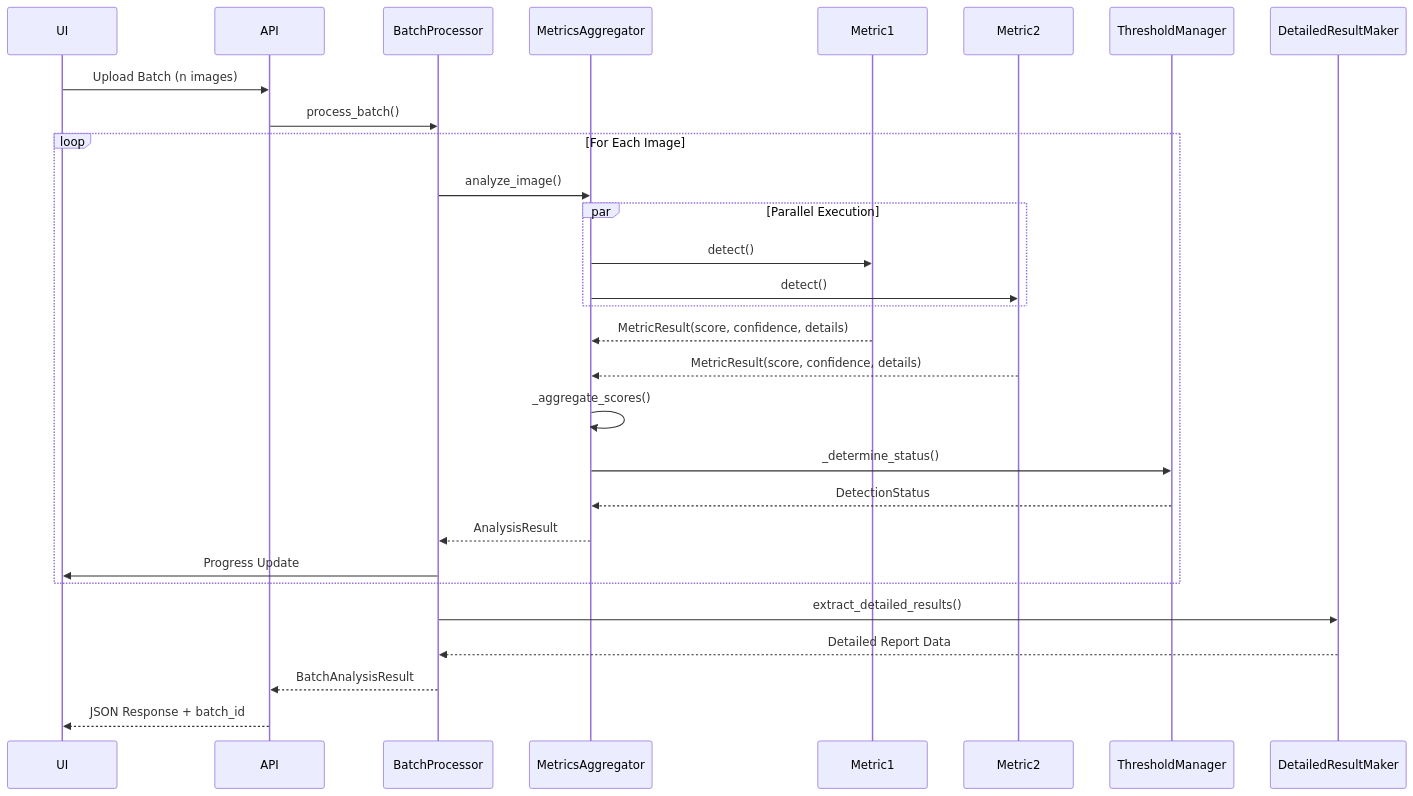
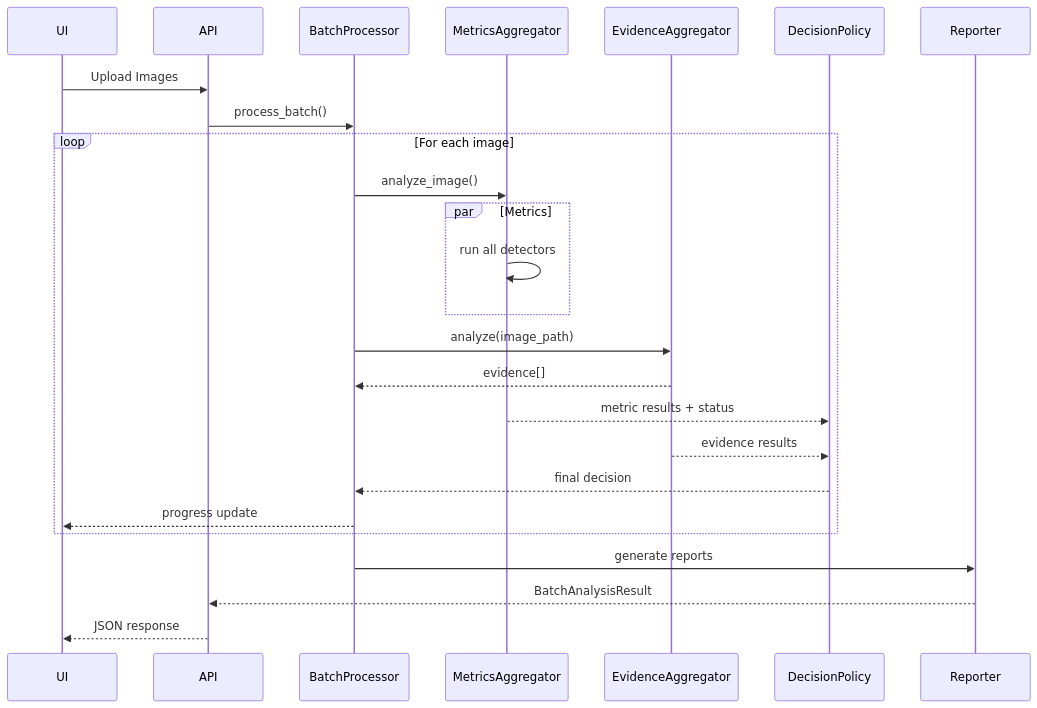
One commit to satyaki-mitra/ImageForensics-AI changed the fifth of 9 diagrams in docs/ARCHITECTURE.md. Above: the diagram before and after it, drawn with Mermaid. The commit also changed other lines of this file and 4 other files, not shown here.

````diff
--- a/docs/ARCHITECTURE.md
+++ b/docs/ARCHITECTURE.md
@@ -240,39 +271,33 @@
 ```mermaid
 sequenceDiagram
     participant UI
     participant API
     participant BatchProcessor
     participant MetricsAggregator
-    participant Metric1
-    participant Metric2
-    participant ThresholdManager
-    participant DetailedResultMaker
+    participant EvidenceAggregator
+    participant DecisionPolicy
+    participant Reporter
     
-    UI->>API: Upload Batch (n images)
+    UI->>API: Upload Images
     API->>BatchProcessor: process_batch()
     
-    loop For Each Image
+    loop For each image
         BatchProcessor->>MetricsAggregator: analyze_image()
-        
-        par Parallel Execution
-            MetricsAggregator->>Metric1: detect()
-            MetricsAggregator->>Metric2: detect()
+        par Metrics
+            MetricsAggregator->>MetricsAggregator: run all detectors
         end
         
-        Metric1-->>MetricsAggregator: MetricResult(score, confidence, details)
-        Metric2-->>MetricsAggregator: MetricResult(score, confidence, details)
+        BatchProcessor->>EvidenceAggregator: analyze(image_path)
+        EvidenceAggregator-->>BatchProcessor: evidence[]
         
-        MetricsAggregator->>MetricsAggregator: _aggregate_scores()
-        MetricsAggregator->>ThresholdManager: _determine_status()
-        ThresholdManager-->>MetricsAggregator: DetectionStatus
+        MetricsAggregator-->>DecisionPolicy: metric results + status
+        EvidenceAggregator-->>DecisionPolicy: evidence results
         
-        MetricsAggregator-->>BatchProcessor: AnalysisResult
-        BatchProcessor->>UI: Progress Update
+        DecisionPolicy-->>BatchProcessor: final decision
+        BatchProcessor-->>UI: progress update
     end
     
-    BatchProcessor->>DetailedResultMaker: extract_detailed_results()
-    DetailedResultMaker-->>BatchProcessor: Detailed Report Data
-    
-    BatchProcessor-->>API: BatchAnalysisResult
-    API-->>UI: JSON Response + batch_id
+    BatchProcessor->>Reporter: generate reports
+    Reporter-->>API: BatchAnalysisResult
+    API-->>UI: JSON response
 ```
````
